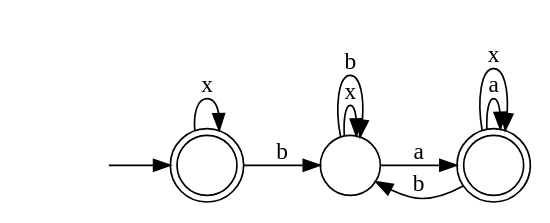
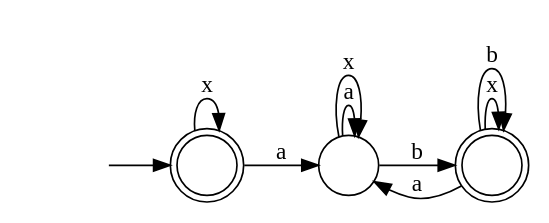
One commit to cdc08x/MINERful changed the diagram in re-ltlf-fsa/automata/Succession_a__b_.dot. Above: the diagram before and after it, drawn with Graphviz. The commit also changed 29 other files, not shown here.

```diff
--- a/re-ltlf-fsa/automata/Succession_a__b_.dot
+++ b/re-ltlf-fsa/automata/Succession_a__b_.dot
@@ -1,16 +1,16 @@
 digraph Automaton {
   rankdir = LR;
   0 [shape=circle,label=""];
-  0 -> 1 [label="a"]
+  0 -> 0 [label="a"]
   0 -> 0 [label="x"]
-  0 -> 0 [label="b"]
+  0 -> 1 [label="b"]
   1 [shape=doublecircle,label=""];
-  1 -> 1 [label="a"]
+  1 -> 0 [label="a"]
   1 -> 1 [label="x"]
-  1 -> 0 [label="b"]
+  1 -> 1 [label="b"]
   2 [shape=doublecircle,label=""];
   initial [shape=plaintext,label=""];
   initial -> 2
+  2 -> 0 [label="a"]
   2 -> 2 [label="x"]
-  2 -> 0 [label="b"]
 }
```
